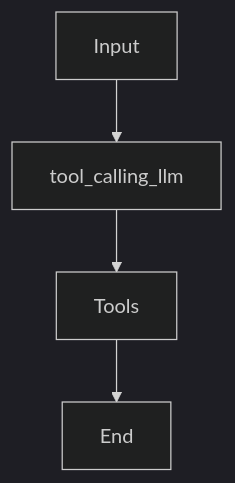
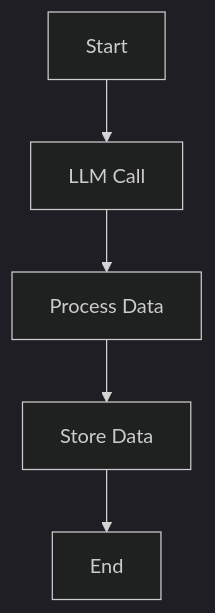
One commit to iusztinpaul/agentic-ai-engineering-course-data changed the first of 3 diagrams in data/inputs/tests/01_sample_small/article.md. Above: the diagram before and after it, drawn with Mermaid (dark theme). The commit also changed other lines of this file and 3 other files, not shown here.

````diff
--- a/data/inputs/tests/01_sample_small/article.md
+++ b/data/inputs/tests/01_sample_small/article.md
@@ -18,6 +16,7 @@
 ```mermaid
 graph TD
-    A["Input"] --> B["tool_calling_llm"]
-    B --> C["Tools"]
-    C --> D["End"]
+    A["Start"] --> B["LLM Call"]
+    B --> C["Process Data"]
+    C --> D["Store Data"]
+    D --> E["End"]
 ```
````
